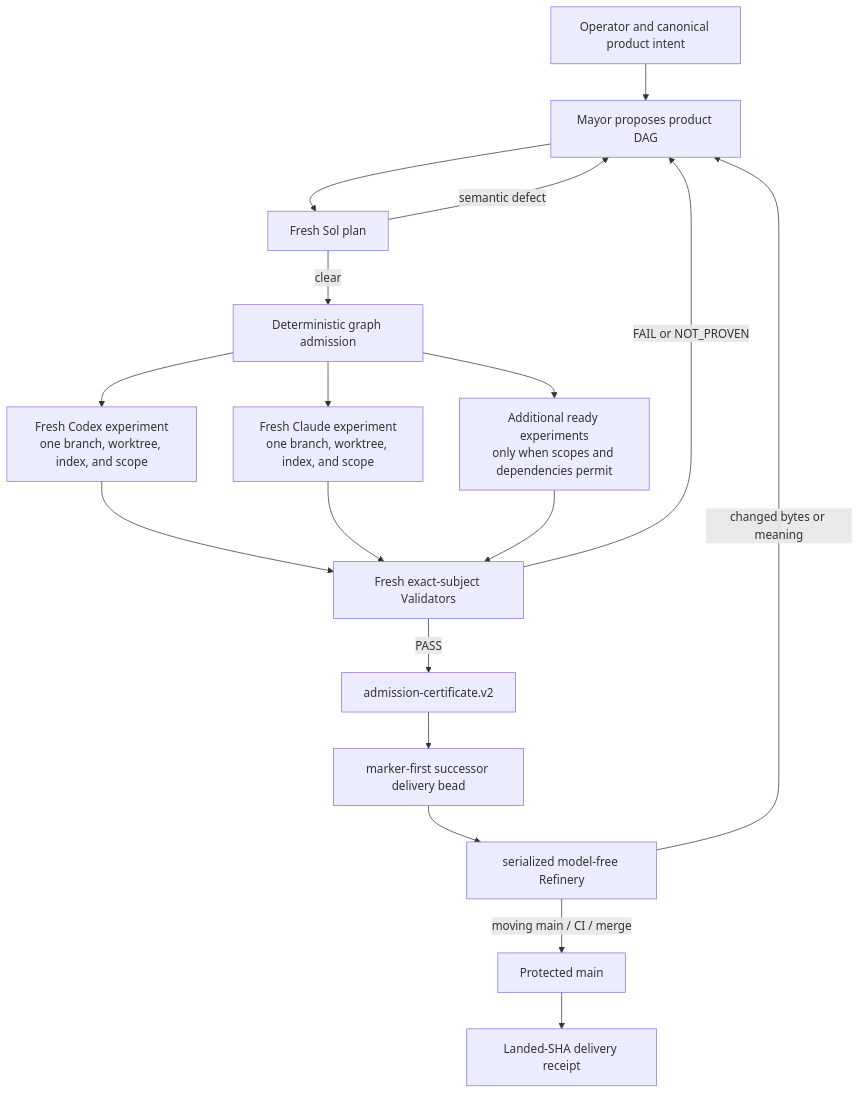
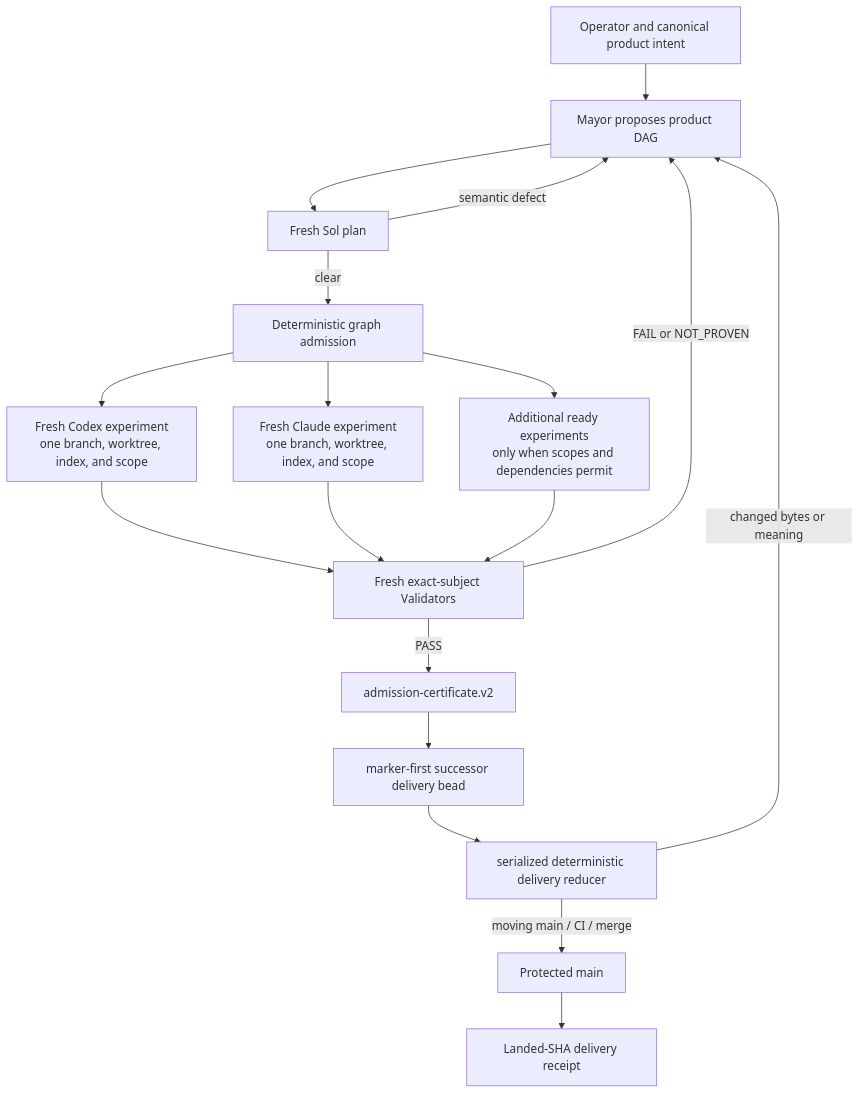
The diagram in docs/architecture/gas-city-factory.md (boshu2/agentops), drawn with Mermaid before and after one commit. The commit also changed other lines of this file and 42 other files, not shown here.

````diff
--- a/docs/architecture/gas-city-factory.md
+++ b/docs/architecture/gas-city-factory.md
@@ -50,23 +50,23 @@
 ```mermaid
 flowchart TD
     U["Operator and canonical product intent"] --> M["Mayor proposes product DAG"]
     M --> PJ["Fresh Sol plan"]
     PJ -->|"clear"| G["Deterministic graph admission"]
     PJ -->|"semantic defect"| M
 
     G --> C1["Fresh Codex experiment<br/>one branch, worktree, index, and scope"]
     G --> C2["Fresh Claude experiment<br/>one branch, worktree, index, and scope"]
     G --> CN["Additional ready experiments<br/>only when scopes and dependencies permit"]
 
     C1 --> V["Fresh exact-subject Validators"]
     C2 --> V
     CN --> V
     V -->|"PASS"| A["admission-certificate.v2"]
     V -->|"FAIL or NOT_PROVEN"| M
 
     A --> R["marker-first successor delivery bead"]
-    R --> PR["serialized model-free Refinery"]
+    R --> PR["serialized deterministic delivery reducer"]
     PR -->|"changed bytes or meaning"| M
     PR -->|"moving main / CI / merge"| MAIN["Protected main"]
     MAIN --> D["Landed-SHA delivery receipt"]
 ```
````
